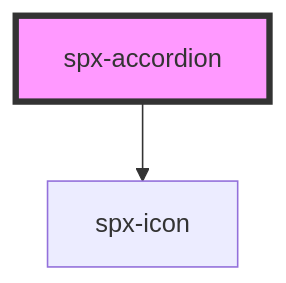
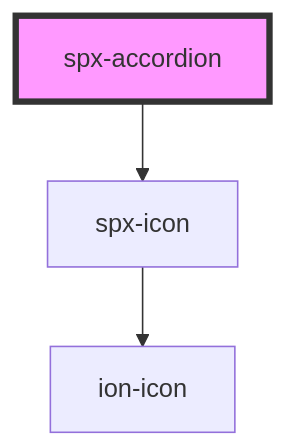
One commit to dnnsjsk/spx changed the diagram in stencil/src/components/spx-accordion/readme.md. Above: the diagram before and after it, drawn with Mermaid. The commit also changed other lines of this file and 38 other files, not shown here.

````diff
--- a/stencil/src/components/spx-accordion/readme.md
+++ b/stencil/src/components/spx-accordion/readme.md
@@ -55,5 +57,6 @@
 ```mermaid
 graph TD;
   spx-accordion --> spx-icon
+  spx-icon --> ion-icon
   style spx-accordion fill:#f9f,stroke:#333,stroke-width:4px
 ```
````
